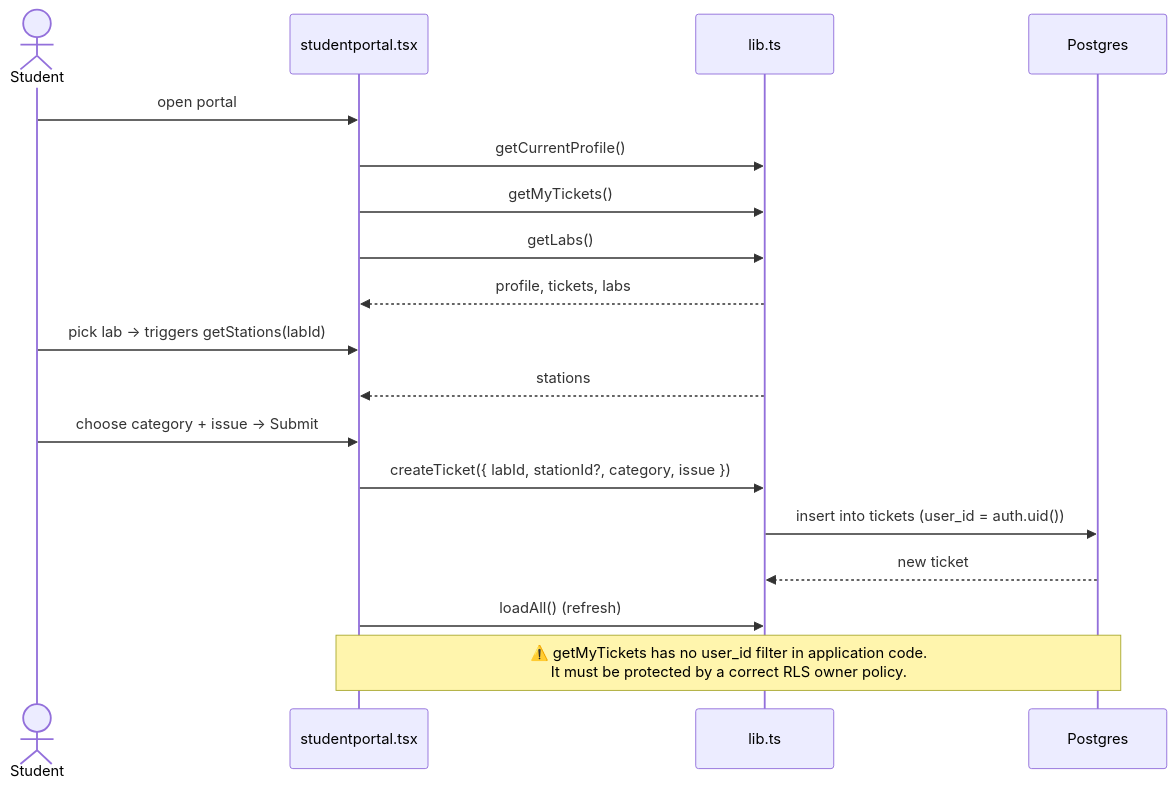
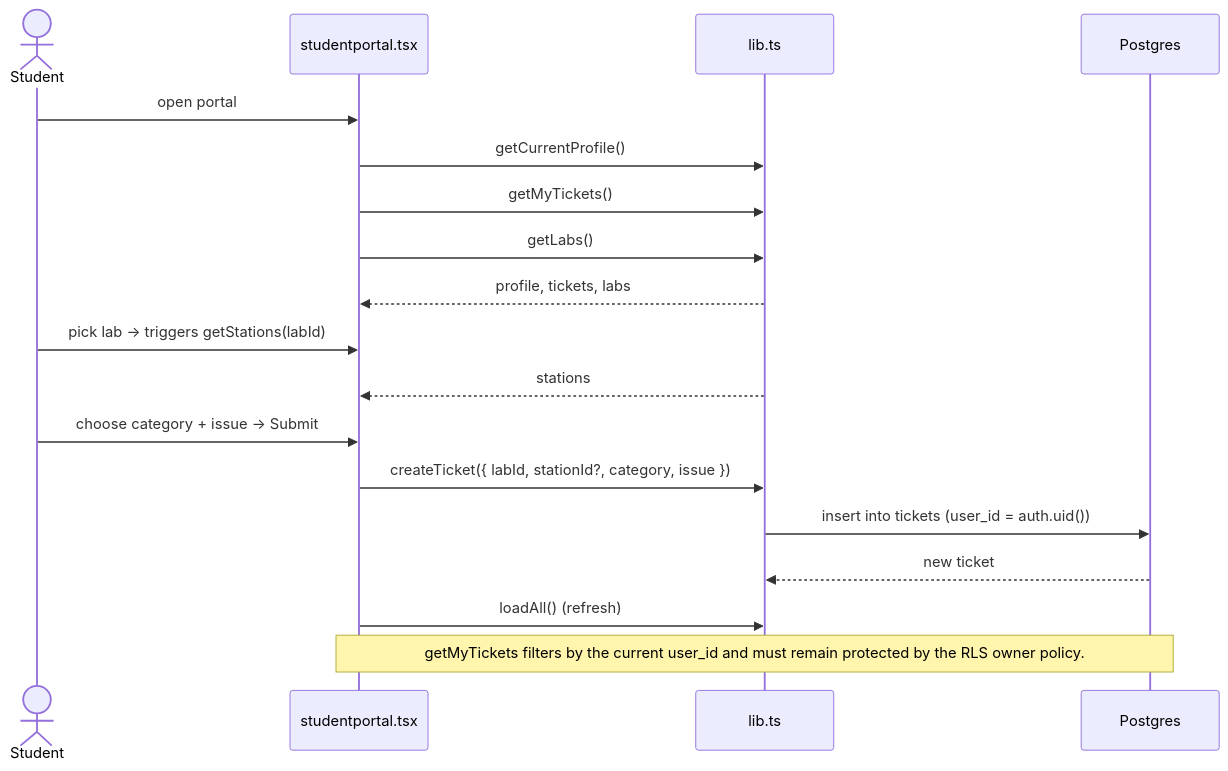
The fifth of 8 diagrams in docs/WORKFLOWS.md (SeanixReal/Jobelonese), drawn with Mermaid before and after one commit. The commit also changed other lines of this file and 20 other files, not shown here.

````diff
--- a/docs/WORKFLOWS.md
+++ b/docs/WORKFLOWS.md
@@ -87,21 +114,21 @@
 ```mermaid
 sequenceDiagram
     actor St as Student
     participant P as studentportal.tsx
     participant L as lib.ts
     participant DB as Postgres
 
     St->>P: open portal
     P->>L: getCurrentProfile()
     P->>L: getMyTickets()
     P->>L: getLabs()
     L-->>P: profile, tickets, labs
     St->>P: pick lab -> triggers getStations(labId)
     L-->>P: stations
     St->>P: choose category + issue -> Submit
     P->>L: createTicket({ labId, stationId?, category, issue })
     L->>DB: insert into tickets (user_id = auth.uid())
     DB-->>L: new ticket
     P->>L: loadAll() (refresh)
-    Note over P,DB: ⚠️ getMyTickets has no user_id filter in application code.<br/>It must be protected by a correct RLS owner policy.
+    Note over P,DB: getMyTickets filters by the current user_id and must remain protected by the RLS owner policy.
 ```
````
